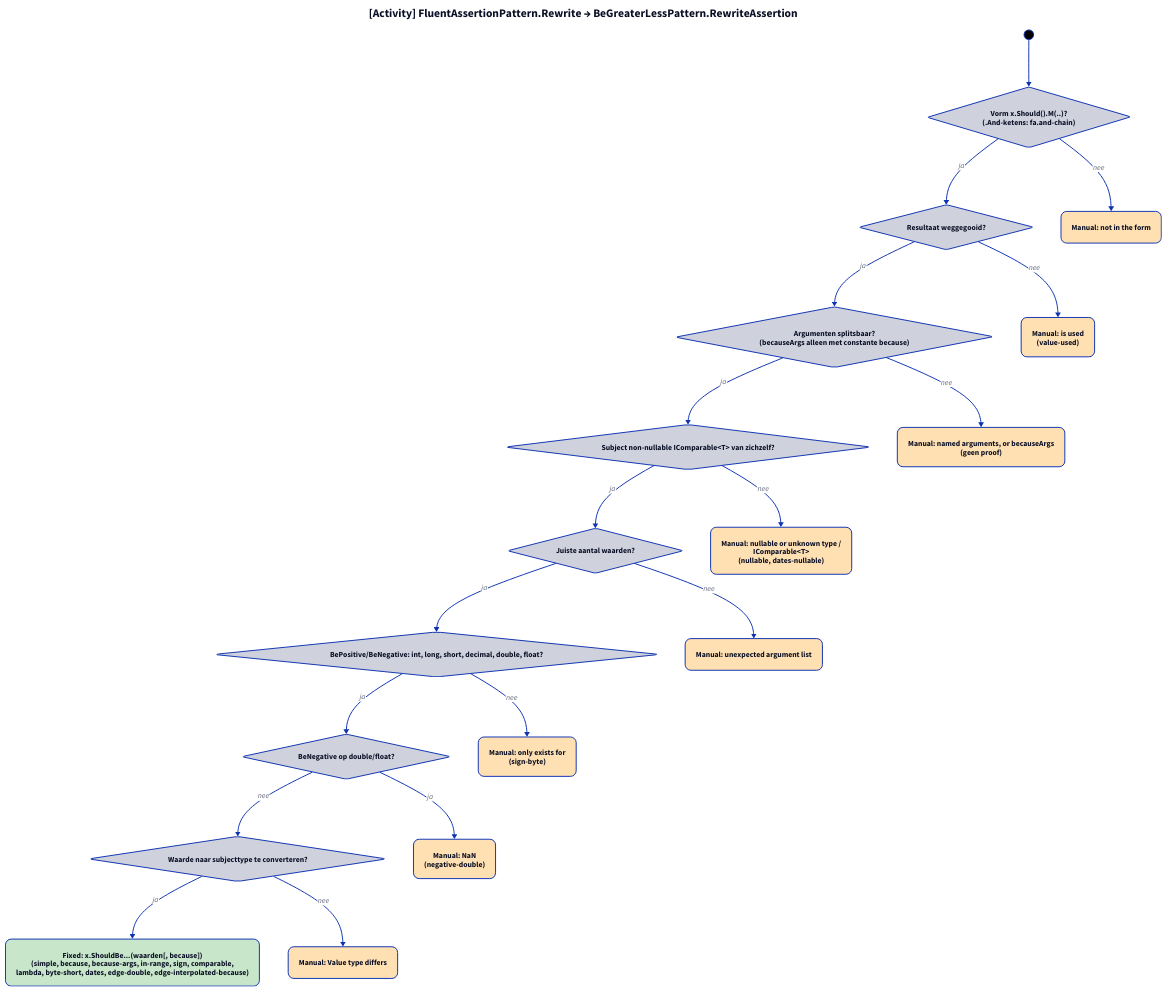
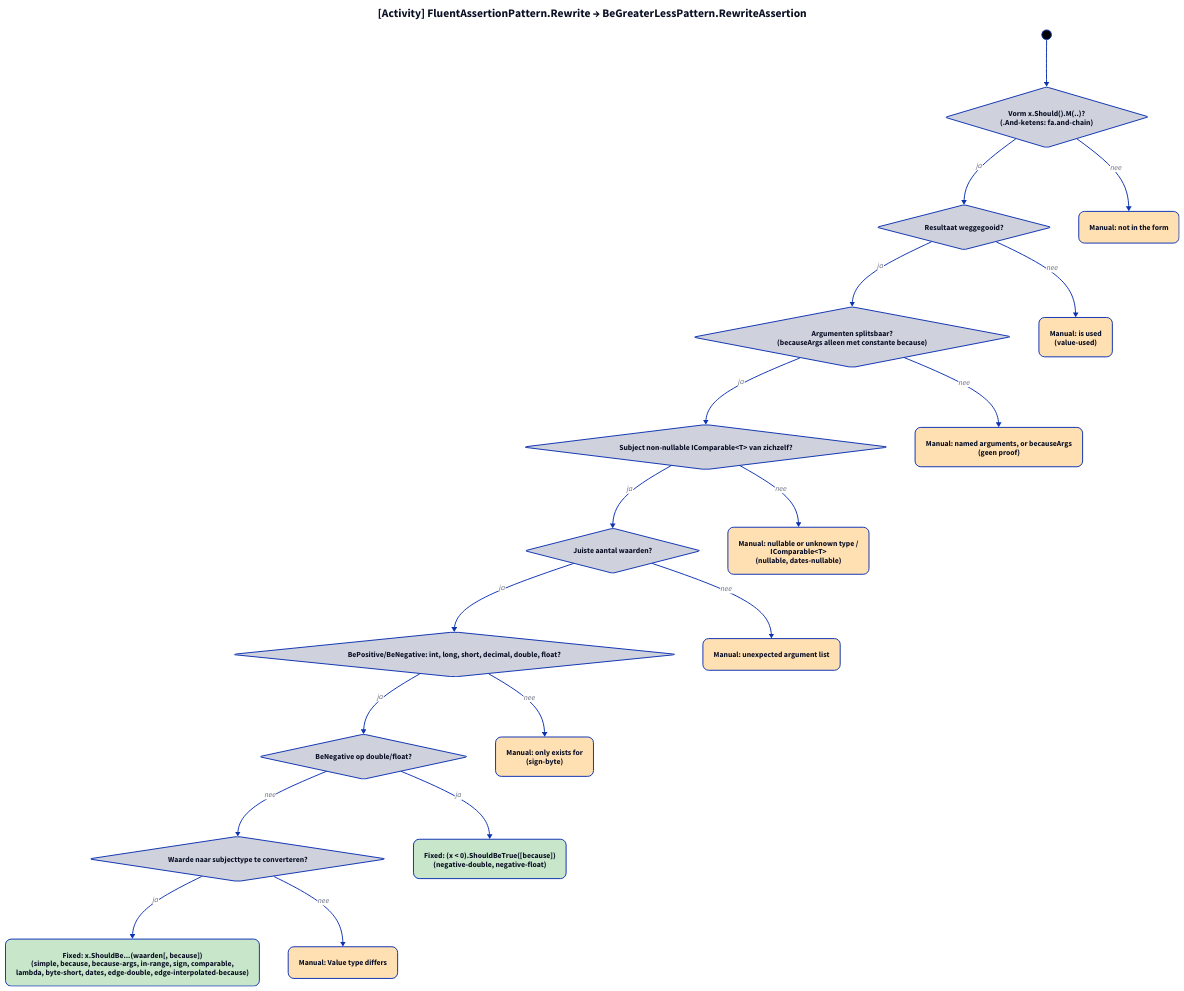
One commit to ATkingma/unshackle changed the diagram in docs/projectinfo/patterns/img/fa-be-greater-less-modellen-3.d2. Above: the diagram before and after it, drawn with D2. The commit also changed 54 other files, not shown here.

Commit message:
Add fa.contain-equivalent-of, exact BeNegative for floating point, custom Should() extension proof

```diff
--- a/docs/projectinfo/patterns/img/fa-be-greater-less-modellen-3.d2
+++ b/docs/projectinfo/patterns/img/fa-be-greater-less-modellen-3.d2
@@ -1,37 +1,37 @@
 title: "[Activity] FluentAssertionPattern.Rewrite → BeGreaterLessPattern.RewriteAssertion" {shape: text; near: top-center; style: {font-size: 24; bold: true}}
 direction: down
 start: "" {shape: circle; width: 20; style: {fill: black}}
 form: "Vorm x.Should().M(..)?\n(.And-ketens: fa.and-chain)" {shape: diamond}
 used: "Resultaat weggegooid?" {shape: diamond}
 args: "Argumenten splitsbaar?\n(becauseArgs alleen met constante because)" {shape: diamond}
 type: "Subject non-nullable IComparable<T> van zichzelf?" {shape: diamond}
 count: "Juiste aantal waarden?" {shape: diamond}
 sign: "BePositive/BeNegative: int, long, short, decimal, double, float?" {shape: diamond}
 nan: "BeNegative op double/float?" {shape: diamond}
 conv: "Waarde naar subjecttype te converteren?" {shape: diamond}
 one: "Fixed: x.ShouldBe...(waarden[, because])\n(simple, because, because-args, in-range, sign, comparable,\nlambda, byte-short, dates, edge-double, edge-interpolated-because)" {style.fill: "#c8e6c9"; style.border-radius: 12}
 m1: "Manual: not in the form" {style.fill: "#ffe0b2"; style.border-radius: 12}
 m3: "Manual: is used\n(value-used)" {style.fill: "#ffe0b2"; style.border-radius: 12}
 m6: "Manual: named arguments, or becauseArgs\n(geen proof)" {style.fill: "#ffe0b2"; style.border-radius: 12}
 m5: "Manual: nullable or unknown type /\nIComparable<T>\n(nullable, dates-nullable)" {style.fill: "#ffe0b2"; style.border-radius: 12}
 mc: "Manual: unexpected argument list" {style.fill: "#ffe0b2"; style.border-radius: 12}
 m7: "Manual: only exists for\n(sign-byte)" {style.fill: "#ffe0b2"; style.border-radius: 12}
-m8: "Manual: NaN\n(negative-double)" {style.fill: "#ffe0b2"; style.border-radius: 12}
+m8: "Fixed: (x < 0).ShouldBeTrue([because])\n(negative-double, negative-float)" {style.fill: "#c8e6c9"; style.border-radius: 12}
 m9: "Manual: Value type differs" {style.fill: "#ffe0b2"; style.border-radius: 12}
 start -> form
 form -> used: ja
 form -> m1: nee
 used -> args: ja
 used -> m3: nee
 args -> type: ja
 args -> m6: nee
 type -> count: ja
 type -> m5: nee
 count -> sign: ja
 count -> mc: nee
 sign -> nan: ja
 sign -> m7: nee
 nan -> conv: nee
 nan -> m8: ja
 conv -> one: ja
 conv -> m9: nee
```
